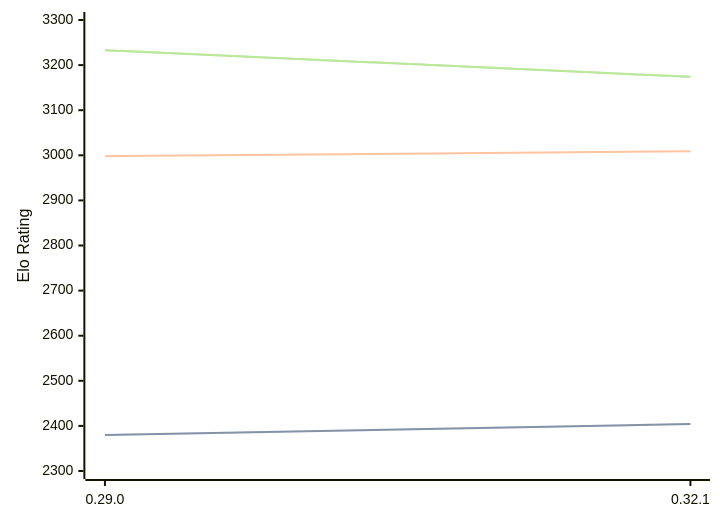
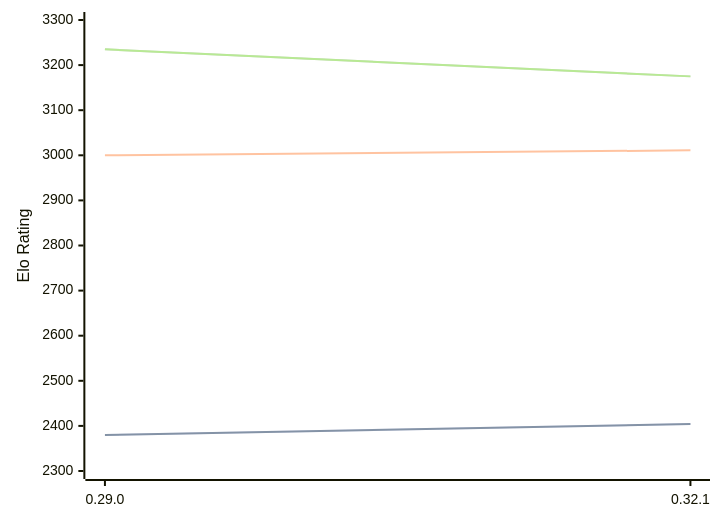
One commit to computer-chess-index/cci changed the diagram in engines/Lc0.md. Above: the diagram before and after it, drawn with Mermaid. The commit also changed other lines of this file, not shown here.

Commit message:
Update CCI Ratings (ELO VLTC) - 2026-09-16

````diff
--- a/engines/Lc0.md
+++ b/engines/Lc0.md
@@ -32,11 +32,11 @@
 ```mermaid
 %%{init: {"theme":"base","themeVariables":{"seriesColors:['#a3a3a3','#222221','#faa371']}}}%%
 xychart-beta
   x-axis ["0.29.0", "0.32.1"]
   y-axis "Elo Rating" 2300 --> 3300
   line "" [2380, 2404]
   line "STC (8.0+0.08s)" [2380, 2404]
-  line "LTC (60.0+0.60s)" [2998, 3009]
-  line "" [3233, 3174]
-  line "VLTC (2m24s+1.12s)" [3233, 3174]
+  line "LTC (60.0+0.60s)" [3000, 3011]
+  line "" [3235, 3175]
+  line "VLTC (2m24s+1.12s)" [3235, 3175]
 ```
````
